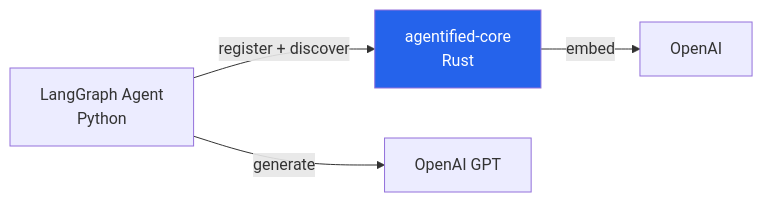
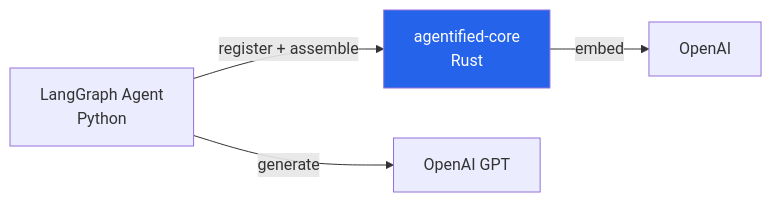
One commit to ratel-ai/ratel changed the diagram in docs/python/integrations/langgraph.md. Above: the diagram before and after it, drawn with Mermaid. The commit also changed other lines of this file and 9 other files, not shown here.

````diff
--- a/docs/python/integrations/langgraph.md
+++ b/docs/python/integrations/langgraph.md
@@ -7,8 +7,8 @@
 ```mermaid
 graph LR
-    A[LangGraph Agent<br/>Python] -->|register + discover| B[agentified-core<br/>Rust]
+    A[LangGraph Agent<br/>Python] -->|register + assemble| B[agentified-core<br/>Rust]
     B -->|embed| C[OpenAI]
     A -->|generate| D[OpenAI GPT]
 
     style B fill:#2563eb,color:#fff
 ```
````
